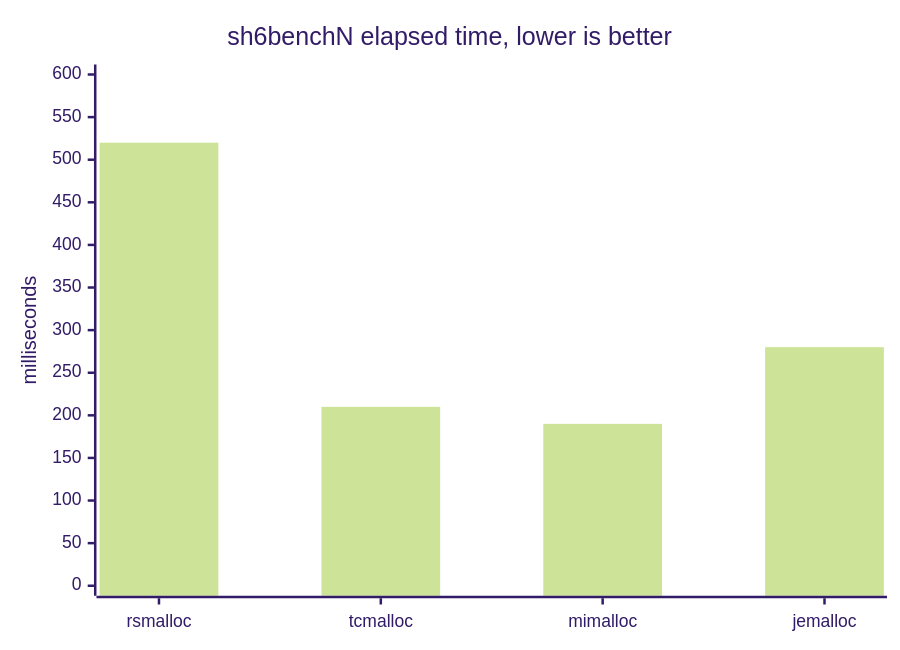
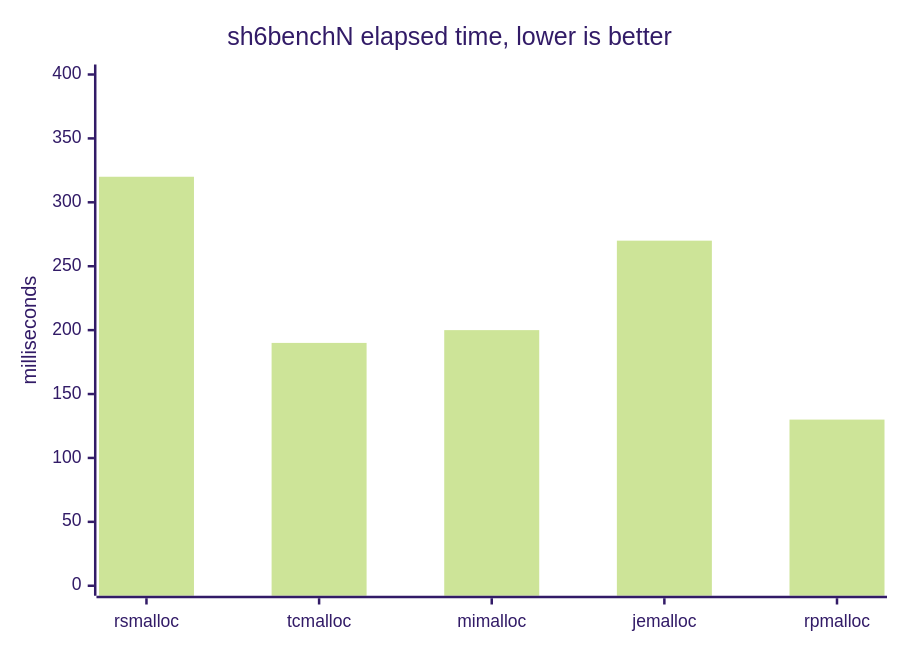
Before and after one commit to Metehan120/rsmalloc: the fifth of 10 diagrams in benchmarks/benchmarks.md, drawn with Mermaid (forest theme). The commit also changed other lines of this file and 64 other files, not shown here.

````diff
--- a/benchmarks/benchmarks.md
+++ b/benchmarks/benchmarks.md
@@ -121,7 +142,7 @@
 ```mermaid
 xychart-beta
     title "sh6benchN elapsed time, lower is better"
-    x-axis [rsmalloc, tcmalloc, mimalloc, jemalloc]
-    y-axis "milliseconds" 0 --> 600
-    bar [520, 210, 190, 280]
+    x-axis [rsmalloc, tcmalloc, mimalloc, jemalloc, rpmalloc]
+    y-axis "milliseconds" 0 --> 400
+    bar [320, 190, 200, 270, 130]
 ```
````
